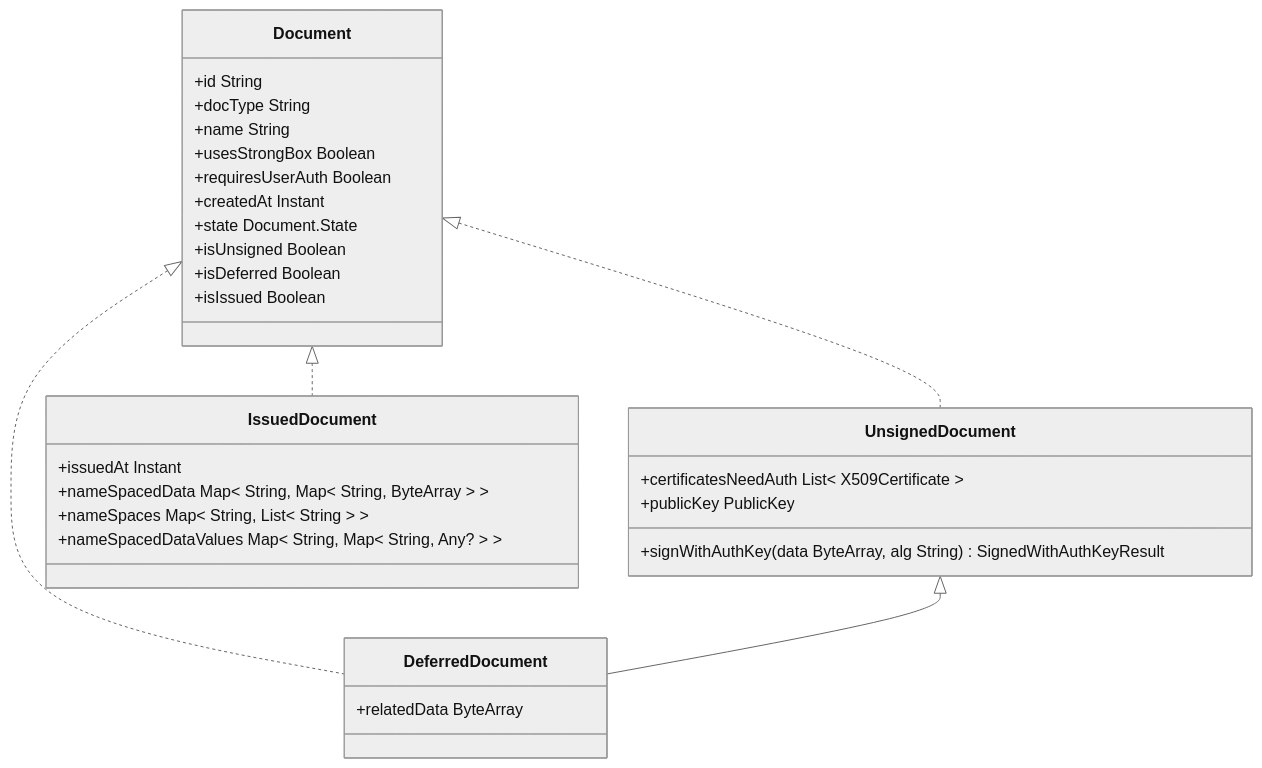
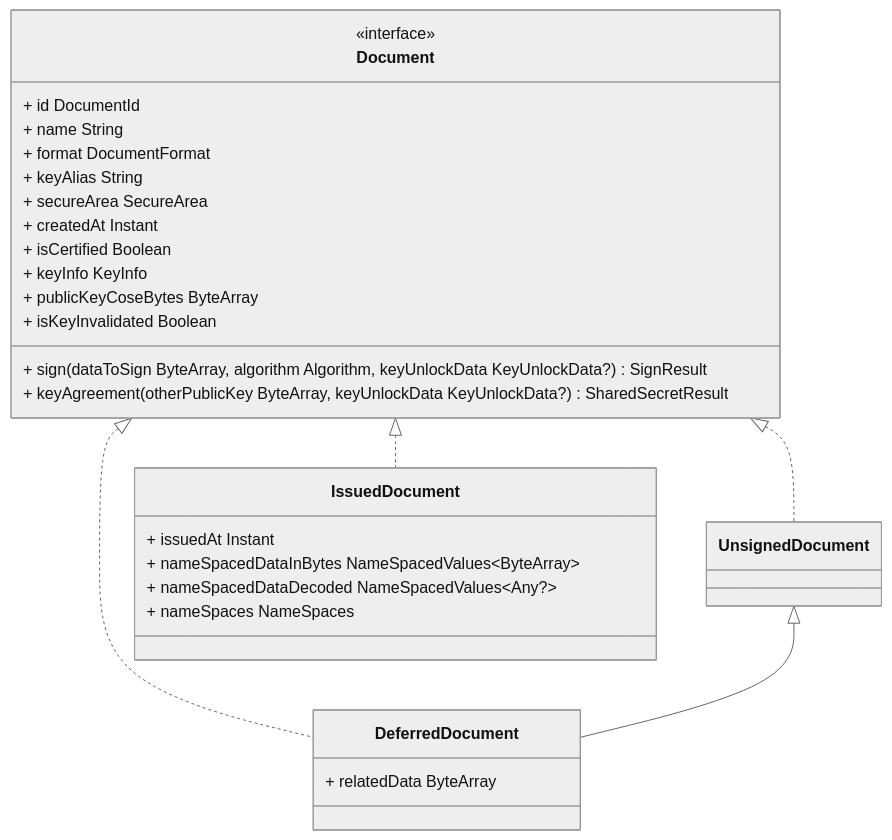
The diagram in README.md (eu-digital-identity-wallet/eudi-lib-android-wallet-document-manager), drawn with Mermaid (neutral theme) before and after one commit. The commit also changed other lines of this file and 279 other files, not shown here.

````diff
--- a/README.md
+++ b/README.md
@@ -133,33 +134,32 @@
 ```mermaid
 classDiagram
     Document <|.. UnsignedDocument
     Document <|.. DeferredDocument
     UnsignedDocument <|-- DeferredDocument
     Document <|.. IssuedDocument
     class Document {
-        +id String
-        +docType String
-        +name String
-        +usesStrongBox Boolean
-        +requiresUserAuth Boolean
-        +createdAt Instant
-        +state  Document.State
-        +isUnsigned Boolean
-        +isDeferred Boolean
-        +isIssued Boolean
+        <<interface>>
+        + id DocumentId
+        + name String
+        + format DocumentFormat
+        + keyAlias String
+        + secureArea SecureArea
+        + createdAt Instant
+        + isCertified Boolean
+        + keyInfo KeyInfo
+        + publicKeyCoseBytes ByteArray
+        + isKeyInvalidated Boolean
+        + sign(dataToSign ByteArray, algorithm Algorithm, keyUnlockData KeyUnlockData?) SignResult
+        + keyAgreement(otherPublicKey ByteArray, keyUnlockData KeyUnlockData?) SharedSecretResult
     }
-    class UnsignedDocument {
-      +certificatesNeedAuth List< X509Certificate >
-      +publicKey  PublicKey
-      +signWithAuthKey( data  ByteArray, alg  String ) SignedWithAuthKeyResult
-    }
+  class UnsignedDocument
     class DeferredDocument {
-       +relatedData ByteArray
+      + relatedData ByteArray
     }
     class IssuedDocument {
-        +issuedAt  Instant
-        +nameSpacedData  Map< String, Map< String, ByteArray > >
-        +nameSpaces Map< String, List< String > >
-        +nameSpacedDataValues Map< String, Map< String, Any? > >
+      + issuedAt Instant
+      + nameSpacedDataInBytes NameSpacedValues~ByteArray~
+        + nameSpacedDataDecoded NameSpacedValues~Any?~
+        + nameSpaces NameSpaces
     }
 ```
````
